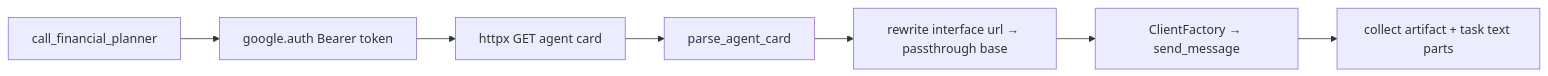
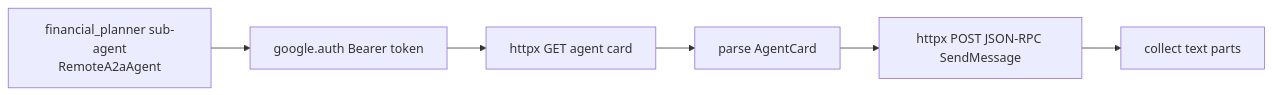
One commit to akashh94/akapal-geap-financial-planner changed the seventh of 9 diagrams in docs/A2A_ARCHITECTURE.md. Above: the diagram before and after it, drawn with Mermaid. The commit also changed other lines of this file and 11 other files, not shown here.

First line of the commit message:
Migrate financial planner to Cloud Run (Model A) and fix planner behavior

````diff
--- a/docs/A2A_ARCHITECTURE.md
+++ b/docs/A2A_ARCHITECTURE.md
@@ -195,9 +202,8 @@
 ```mermaid
 flowchart LR
-    Tool[call_financial_planner] --> Auth[google.auth Bearer token]
+    Agent[financial_planner sub-agent<br/>RemoteA2aAgent] --> Auth[google.auth Bearer token]
     Auth --> Fetch[httpx GET agent card]
-    Fetch --> Parse[parse_agent_card]
-    Parse --> Rewrite[rewrite interface url → passthrough base]
-    Rewrite --> Send[ClientFactory → send_message]
-    Send --> Collect[collect artifact + task text parts]
+    Fetch --> Parse[parse AgentCard]
+    Parse --> Send[httpx POST JSON-RPC SendMessage]
+    Send --> Collect[collect text parts]
 ```
````
